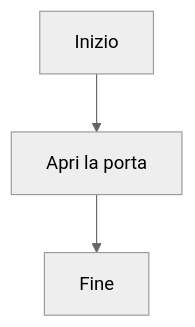
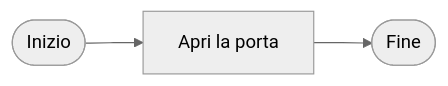
One commit to riccardodivirgilio/learning-zio changed the third of 5 diagrams in src/content/docs/lessons/03-flow.md. Above: the diagram before and after it, drawn with Mermaid (neutral theme). The commit also changed other lines of this file, not shown here.

````diff
--- a/src/content/docs/lessons/03-flow.md
+++ b/src/content/docs/lessons/03-flow.md
@@ -39,5 +39,5 @@
 ```mermaid
-flowchart TD
-    A[Inizio] --> B[Apri la porta]
-    B --> C[Fine]
+flowchart LR
+    A([Inizio]) --> B[Apri la porta]
+    B --> C([Fine])
 ```
````
